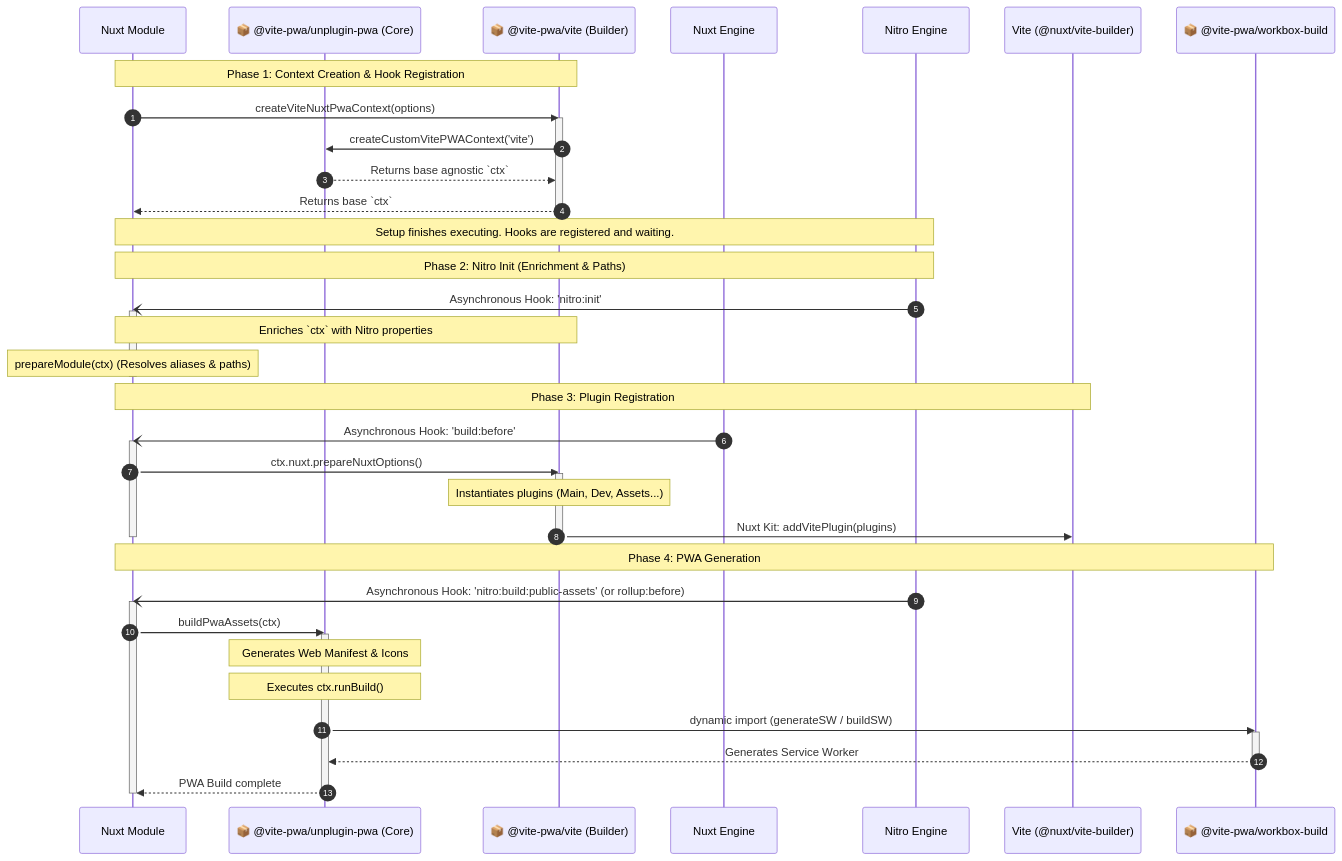
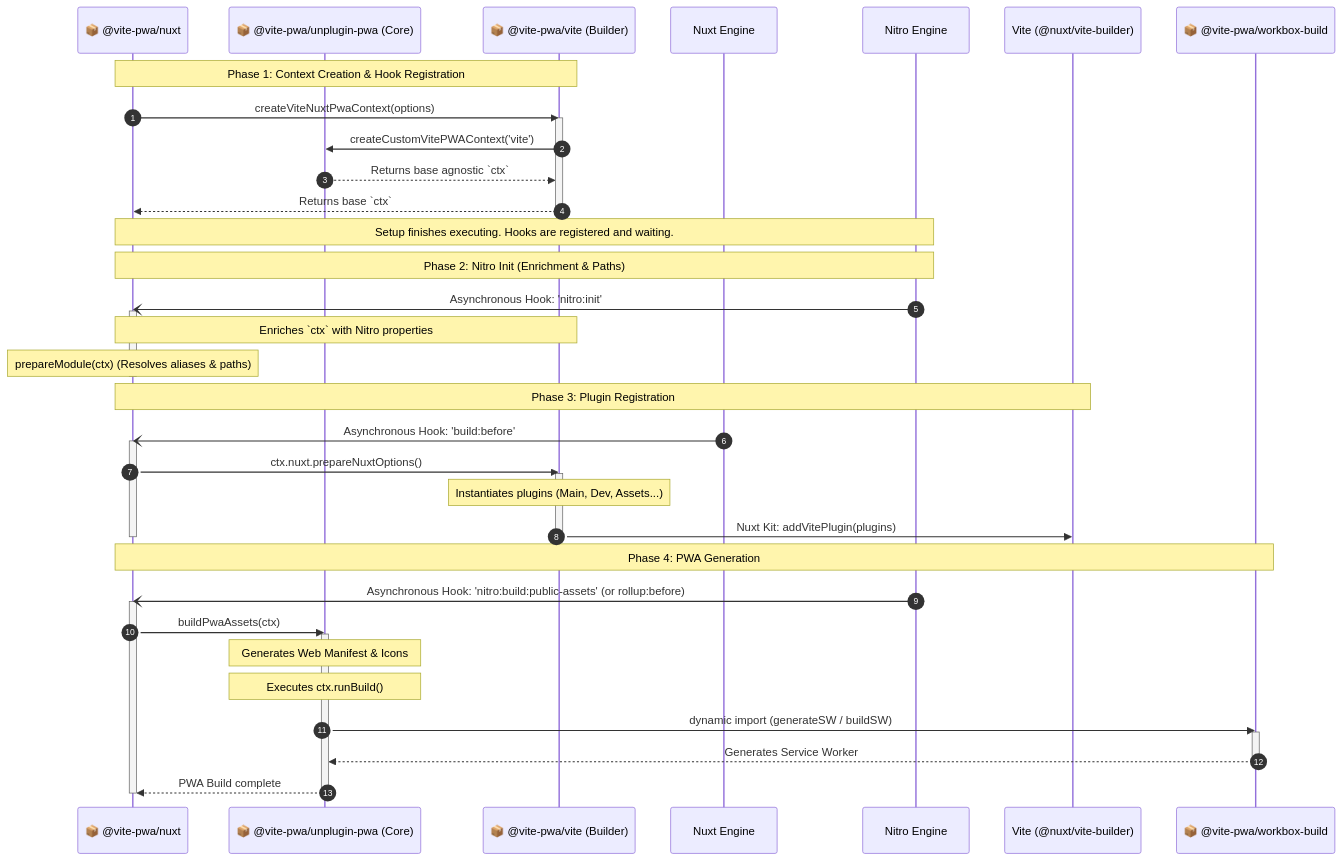
One commit to vite-pwa/unplugin-pwa changed the third of 3 diagrams in ARCHITECTURE.md. Above: the diagram before and after it, drawn with Mermaid. The commit also changed other lines of this file, not shown here.

````diff
--- a/ARCHITECTURE.md
+++ b/ARCHITECTURE.md
@@ -97,52 +98,52 @@
 ```mermaid
 sequenceDiagram
     autonumber
-    participant Setup as Nuxt Module
+    participant Setup as 📦 @vite-pwa/nuxt
     participant Core as 📦 @vite-pwa/unplugin-pwa (Core)
     participant Builder as 📦 @vite-pwa/vite (Builder)
     participant Nuxt as Nuxt Engine
     participant Nitro as Nitro Engine
     participant Vite as Vite (@nuxt/vite-builder)
     participant WB as 📦 @vite-pwa/workbox-build
 
     Note over Setup, Builder: Phase 1: Context Creation & Hook Registration
     Setup->>Builder: createViteNuxtPwaContext(options)
     activate Builder
     Builder->>Core: createCustomVitePWAContext('vite')
     Core-->>Builder: Returns base agnostic `ctx`
     Builder-->>Setup: Returns base `ctx`
     deactivate Builder
     Note over Setup, Nitro: Setup finishes executing. Hooks are registered and waiting.
 
     Note over Setup, Nitro: Phase 2: Nitro Init (Enrichment & Paths)
     Nitro-)Setup: Asynchronous Hook: 'nitro:init'
     activate Setup
     Note over Setup, Builder: Enriches `ctx` with Nitro properties
     Note over Setup: prepareModule(ctx) (Resolves aliases & paths)
     deactivate Setup
 
     Note over Setup, Vite: Phase 3: Plugin Registration
     Nuxt-)Setup: Asynchronous Hook: 'build:before'
     activate Setup
     Setup->>Builder: ctx.nuxt.prepareNuxtOptions()
     activate Builder
     Note over Builder: Instantiates plugins (Main, Dev, Assets...)
     Builder->>Vite: Nuxt Kit: addVitePlugin(plugins)
     deactivate Builder
     deactivate Setup
 
     Note over Setup, WB: Phase 4: PWA Generation
     Nitro-)Setup: Asynchronous Hook: 'nitro:build:public-assets' (or rollup:before)
     activate Setup
     Setup->>Core: buildPwaAssets(ctx)
     activate Core
     Note over Core: Generates Web Manifest & Icons
     Note over Core: Executes ctx.runBuild()
     Core->>WB: dynamic import (generateSW / buildSW)
     activate WB
     WB-->>Core: Generates Service Worker
     deactivate WB
     Core-->>Setup: PWA Build complete
     deactivate Core
     deactivate Setup
 ```
````
